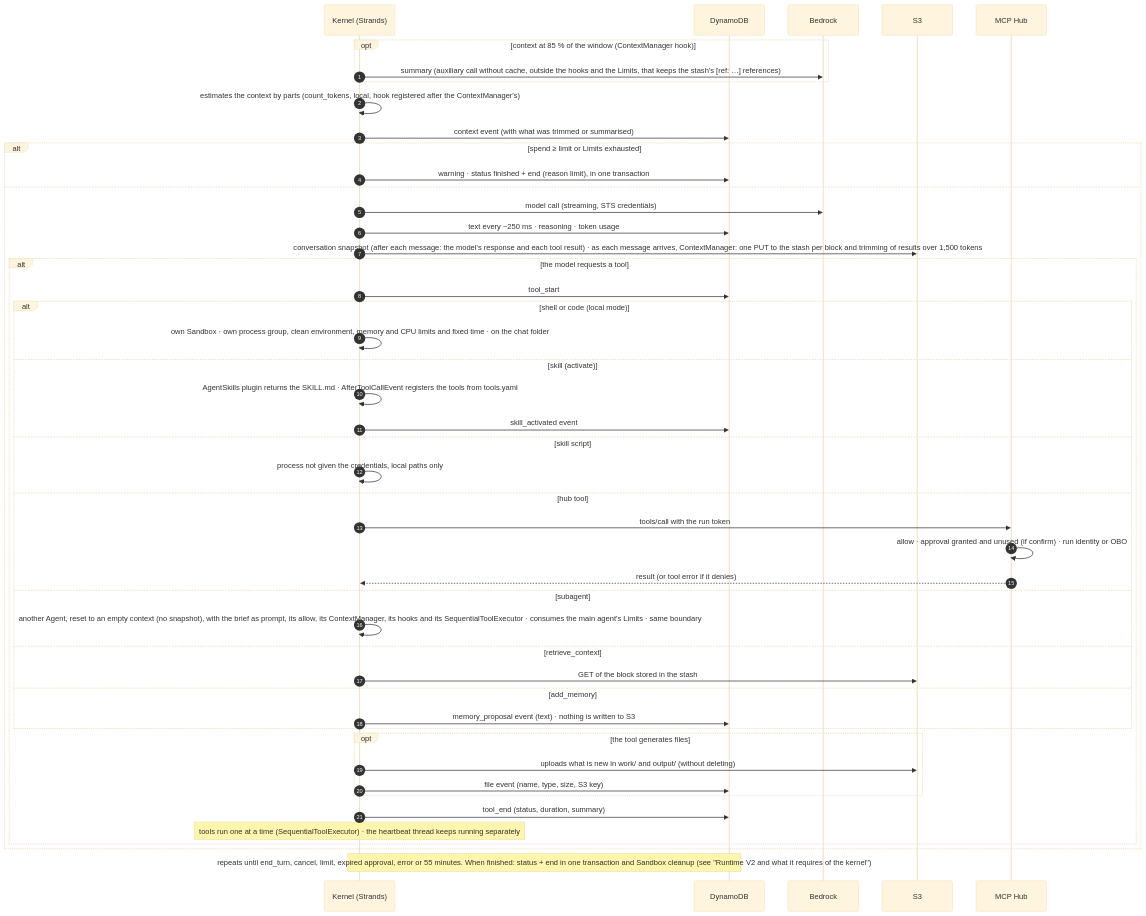
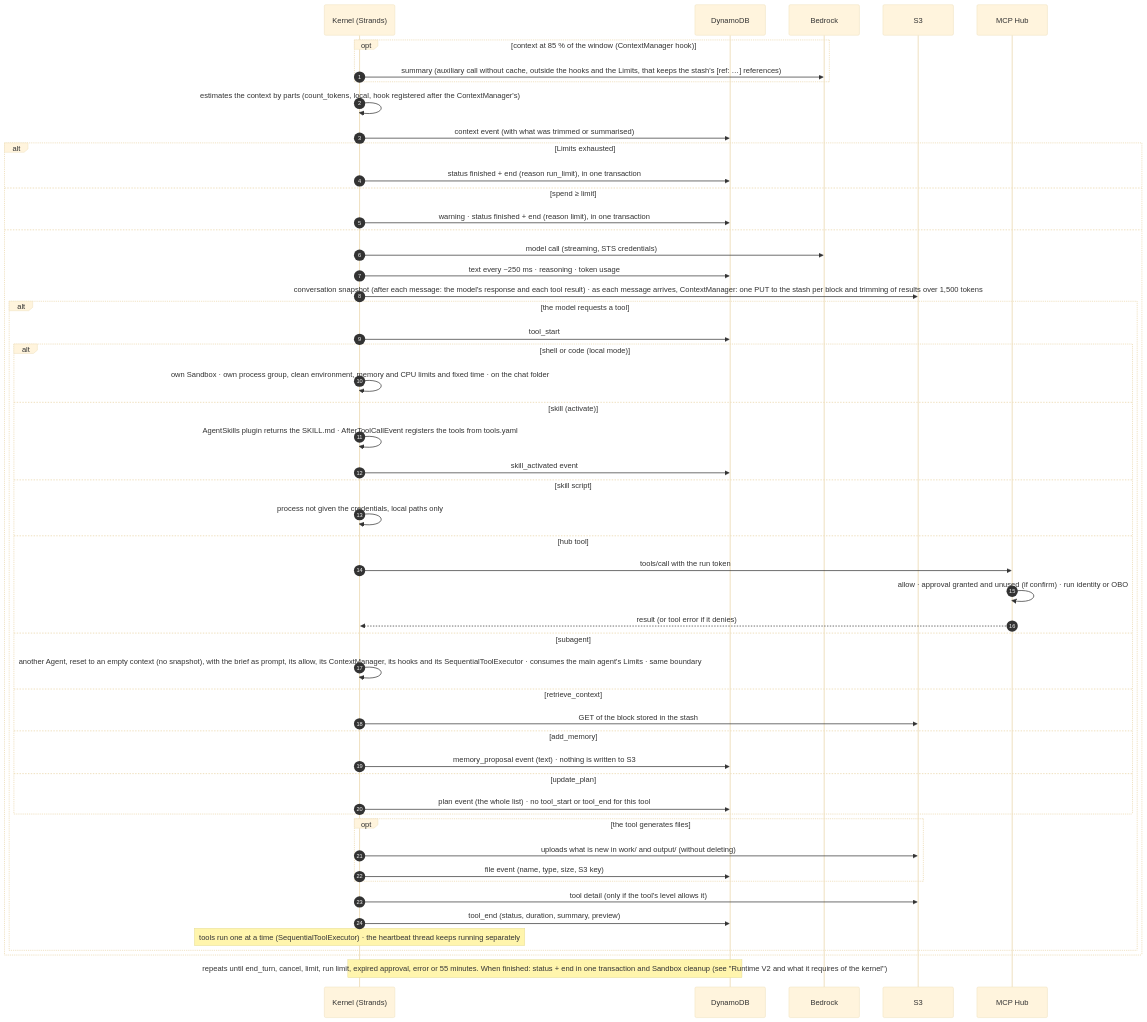
The fourth of 11 diagrams in docs/arquitectura-agentes.md (ikermendi/sample-agent-platform-with-agentcore), drawn with Mermaid (base theme) before and after one commit. The commit also changed other lines of this file and 5 other files, not shown here.

````diff
--- a/docs/arquitectura-agentes.md
+++ b/docs/arquitectura-agentes.md
@@ -569,50 +589,55 @@
 ```mermaid
 sequenceDiagram
   autonumber
   participant K as Kernel (Strands)
   participant D as DynamoDB
   participant B as Bedrock
   participant S3 as S3
   participant H as MCP Hub
 
   opt context at 85 % of the window (ContextManager hook)
     K->>B: summary (auxiliary call without cache, outside the hooks and the Limits, that keeps the stash's [ref: …] references)
   end
   K->>K: estimates the context by parts (count_tokens, local, hook registered after the ContextManager's)
   K->>D: context event (with what was trimmed or summarised)
-  alt spend ≥ limit or Limits exhausted
+  alt Limits exhausted
+    K->>D: status finished + end (reason run_limit), in one transaction
+  else spend ≥ limit
     K->>D: warning · status finished + end (reason limit), in one transaction
   else
     K->>B: model call (streaming, STS credentials)
     K->>D: text every ~250 ms · reasoning · token usage
     K->>S3: conversation snapshot (after each message: the model's response and each tool result) · as each message arrives, ContextManager: one PUT to the stash per block and trimming of results over 1,500 tokens
     alt the model requests a tool
       K->>D: tool_start
       alt shell or code (local mode)
         K->>K: own Sandbox · own process group, clean environment, memory and CPU limits and fixed time · on the chat folder
       else skill (activate)
         K->>K: AgentSkills plugin returns the SKILL.md · AfterToolCallEvent registers the tools from tools.yaml
         K->>D: skill_activated event
       else skill script
         K->>K: process not given the credentials, local paths only
       else hub tool
         K->>H: tools/call with the run token
         H->>H: allow · approval granted and unused (if confirm) · run identity or OBO
         H-->>K: result (or tool error if it denies)
       else subagent
         K->>K: another Agent, reset to an empty context (no snapshot), with the brief as prompt, its allow, its ContextManager, its hooks and its SequentialToolExecutor · consumes the main agent's Limits · same boundary
       else retrieve_context
         K->>S3: GET of the block stored in the stash
       else add_memory
         K->>D: memory_proposal event (text) · nothing is written to S3
+      else update_plan
+        K->>D: plan event (the whole list) · no tool_start or tool_end for this tool
       end
       opt the tool generates files
         K->>S3: uploads what is new in work/ and output/ (without deleting)
         K->>D: file event (name, type, size, S3 key)
       end
-      K->>D: tool_end (status, duration, summary)
+      K->>S3: tool detail (only if the tool's level allows it)
+      K->>D: tool_end (status, duration, summary, preview)
       Note over K: tools run one at a time (SequentialToolExecutor) · the heartbeat thread keeps running separately
     end
   end
-  Note over K,D: repeats until end_turn, cancel, limit, expired approval, error or 55 minutes. When finished: status + end in one transaction and Sandbox cleanup (see "Runtime V2 and what it requires of the kernel")
+  Note over K,D: repeats until end_turn, cancel, limit, run limit, expired approval, error or 55 minutes. When finished: status + end in one transaction and Sandbox cleanup (see "Runtime V2 and what it requires of the kernel")
 ```
````
